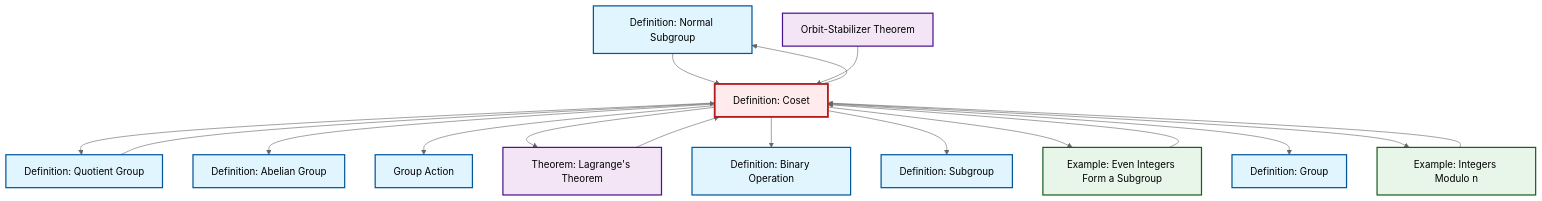
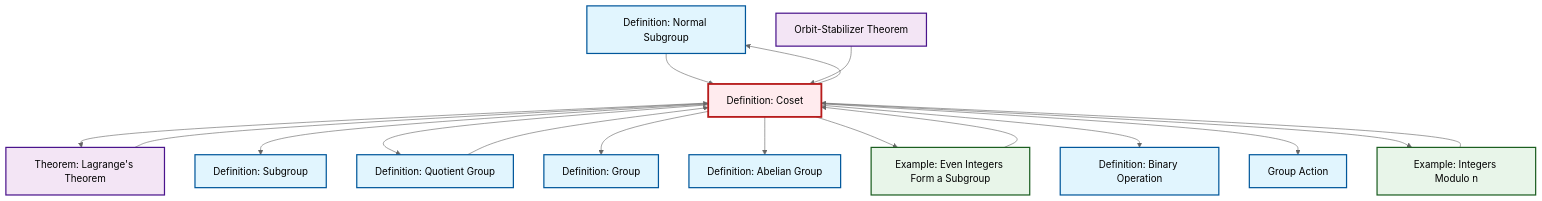
The diagram in content/en/algebra/def-coset.qmd (RK0429/ModernMath), drawn with Mermaid (neutral theme) before and after one commit. The commit also changed other lines of this file and 497 other files, not shown here.

````diff
--- a/content/en/algebra/def-coset.qmd
+++ b/content/en/algebra/def-coset.qmd
@@ -158,49 +158,49 @@
 ```{mermaid}
 %%| fig-cap: "Local dependency graph"
 graph TD
     classDef definition fill:#e1f5fe,stroke:#01579b,stroke-width:2px
     classDef theorem fill:#f3e5f5,stroke:#4a148c,stroke-width:2px
     classDef axiom fill:#fff3e0,stroke:#e65100,stroke-width:2px
     classDef example fill:#e8f5e9,stroke:#1b5e20,stroke-width:2px
     classDef current fill:#ffebee,stroke:#b71c1c,stroke-width:3px
     def-normal-subgroup["Definition: Normal Subgroup"]:::definition
-    def-quotient-group["Definition: Quotient Group"]:::definition
-    ex-even-integers-subgroup["Example: Even Integers Form a Subgroup"]:::example
     thm-orbit-stabilizer["Orbit-Stabilizer Theorem"]:::theorem
-    def-abelian-group["Definition: Abelian Group"]:::definition
-    thm-lagrange["Theorem: Lagrange's Theorem"]:::theorem
     ex-quotient-integers-mod-n["Example: Integers Modulo n"]:::example
     def-coset["Definition: Coset"]:::definition
-    def-group-action["Group Action"]:::definition
-    def-group["Definition: Group"]:::definition
+    thm-lagrange["Theorem: Lagrange's Theorem"]:::theorem
+    def-quotient-group["Definition: Quotient Group"]:::definition
     def-binary-operation["Definition: Binary Operation"]:::definition
     def-subgroup["Definition: Subgroup"]:::definition
+    def-group["Definition: Group"]:::definition
+    def-group-action["Group Action"]:::definition
+    def-abelian-group["Definition: Abelian Group"]:::definition
+    ex-even-integers-subgroup["Example: Even Integers Form a Subgroup"]:::example
+    def-coset --> thm-lagrange
+    def-coset --> def-subgroup
+    def-coset --> def-quotient-group
     def-normal-subgroup --> def-coset
     def-quotient-group --> def-coset
+    def-coset --> def-group
+    thm-lagrange --> def-coset
+    def-coset --> def-abelian-group
+    def-coset --> ex-even-integers-subgroup
+    ex-even-integers-subgroup --> def-coset
+    def-coset --> def-binary-operation
+    def-coset --> def-group-action
+    thm-orbit-stabilizer --> def-coset
+    def-coset --> def-normal-subgroup
     ex-quotient-integers-mod-n --> def-coset
-    def-coset --> def-quotient-group
-    def-coset --> def-abelian-group
-    def-coset --> def-group-action
-    ex-even-integers-subgroup --> def-coset
-    def-coset --> thm-lagrange
-    def-coset --> def-binary-operation
-    thm-orbit-stabilizer --> def-coset
-    def-coset --> def-subgroup
-    thm-lagrange --> def-coset
-    def-coset --> def-normal-subgroup
-    def-coset --> ex-even-integers-subgroup
-    def-coset --> def-group
     def-coset --> ex-quotient-integers-mod-n
     class def-coset current
     click def-normal-subgroup "def-normal-subgroup.html" "Go to Normal Subgroup definition"
+    click thm-orbit-stabilizer "thm-orbit-stabilizer.html" "Go to Orbit-Stabilizer Theorem"
+    click ex-quotient-integers-mod-n "ex-quotient-integers-mod-n.html" "Go to Integers Modulo n example"
+    click thm-lagrange "thm-lagrange.html" "Go to Lagrange's Theorem theorem"
     click def-quotient-group "def-quotient-group.html" "Go to Quotient Group definition"
-    click ex-even-integers-subgroup "ex-even-integers-subgroup.html" "Go to Even Integers Form a Subgroup example"
-    click thm-orbit-stabilizer "thm-orbit-stabilizer.html" "Go to Orbit-Stabilizer Theorem"
-    click def-abelian-group "def-abelian-group.html" "Go to Abelian Group definition"
-    click thm-lagrange "thm-lagrange.html" "Go to Lagrange's Theorem theorem"
-    click ex-quotient-integers-mod-n "ex-quotient-integers-mod-n.html" "Go to Integers Modulo n example"
-    click def-group-action "def-group-action.html" "Go to Group Action"
-    click def-group "def-group.html" "Go to Group definition"
     click def-binary-operation "def-binary-operation.html" "Go to Binary Operation definition"
     click def-subgroup "def-subgroup.html" "Go to Subgroup definition"
+    click def-group "def-group.html" "Go to Group definition"
+    click def-group-action "def-group-action.html" "Go to Group Action"
+    click def-abelian-group "def-abelian-group.html" "Go to Abelian Group definition"
+    click ex-even-integers-subgroup "ex-even-integers-subgroup.html" "Go to Even Integers Form a Subgroup example"
 ```
````
